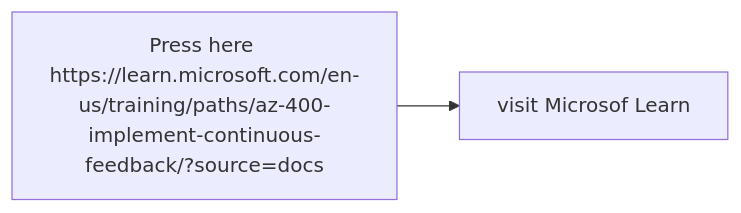
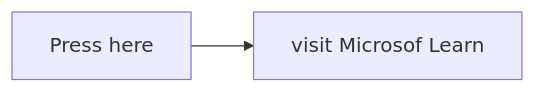
One commit to Vlad19930310/calculator changed the diagram in README.md. Above: the diagram before and after it, drawn with Mermaid.

```diff
--- a/README.md
+++ b/README.md
@@ -19,4 +19,4 @@
 ::: mermaid
  graph LR;
- A[Press here https://learn.microsoft.com/en-us/training/paths/az-400-implement-continuous-feedback/?source=docs ] --> B[visit Microsof Learn];
+ A[Press here] --> B[visit Microsof Learn];
 :::
```
